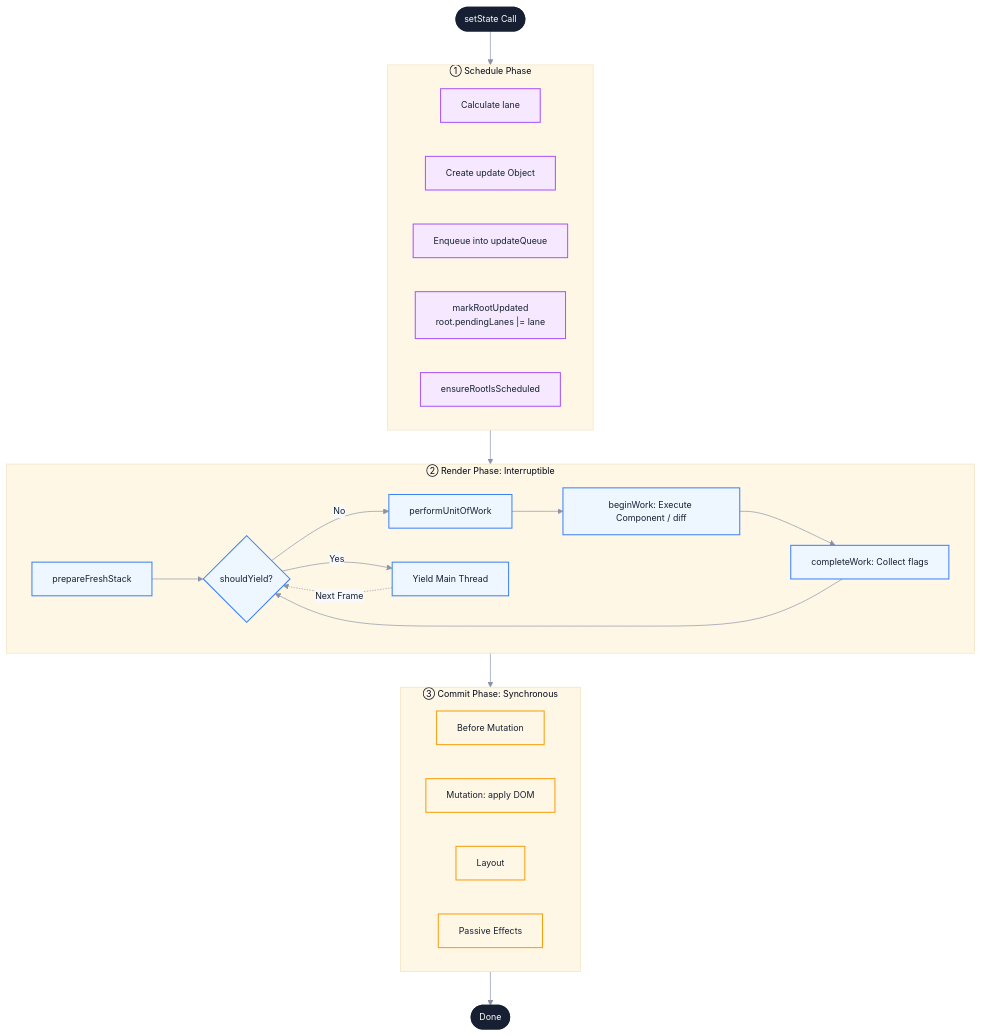
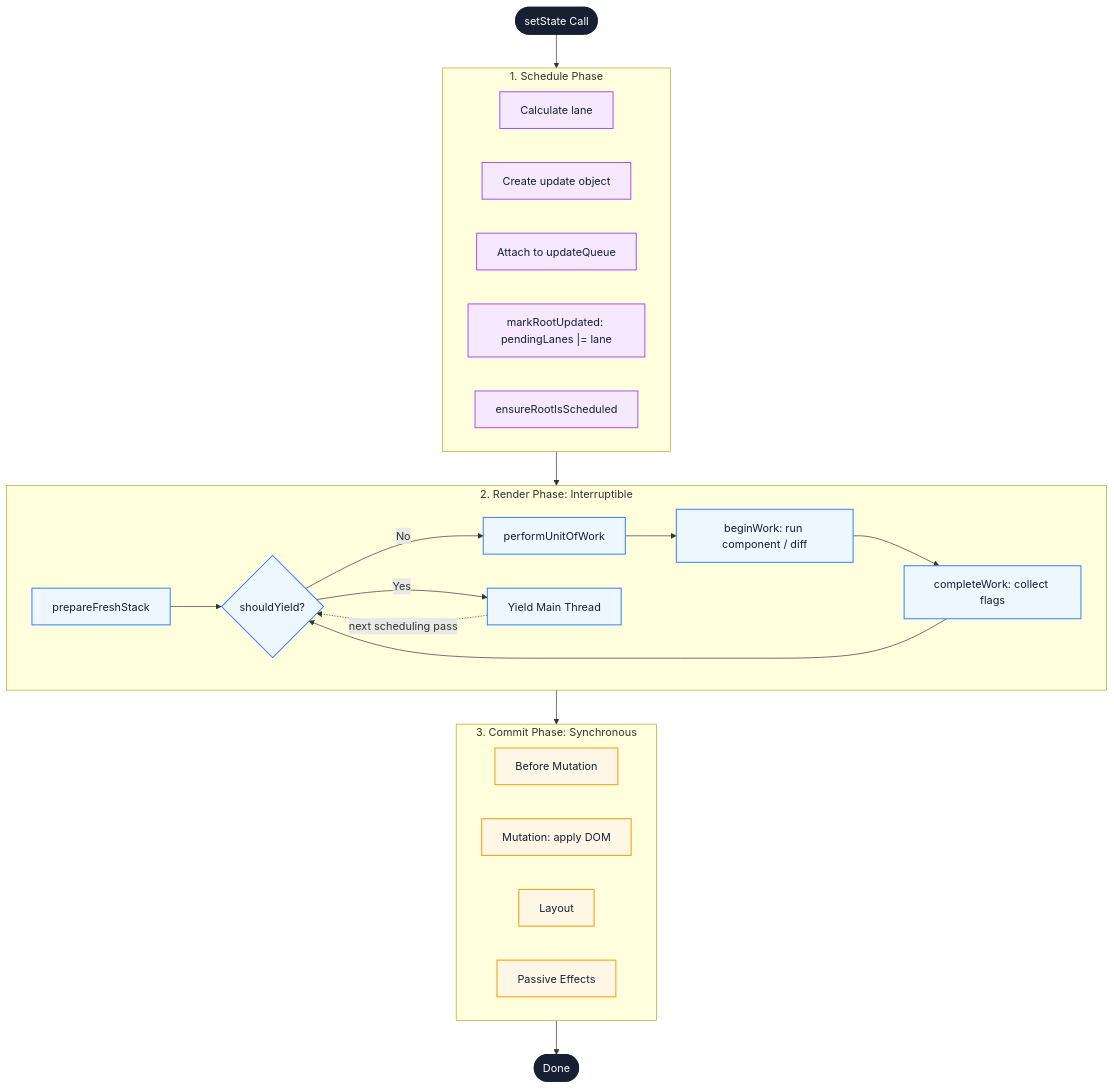
One commit to Fatejian/frontier-vault changed the seventh of 7 diagrams in docs/en/frameworks/react-fiber.md. Above: the diagram before and after it, drawn with Mermaid. The commit also changed other lines of this file and 41 other files, not shown here.

````diff
--- a/docs/en/frameworks/react-fiber.md
+++ b/docs/en/frameworks/react-fiber.md
@@ -722,44 +669,43 @@
 ```mermaid
-%%{init: {'theme': 'base', 'themeVariables': { 'fontFamily': 'Inter, PingFang SC, Microsoft YaHei, sans-serif', 'primaryColor': '#EEF6FF', 'primaryTextColor': '#172033', 'primaryBorderColor': '#6EA8FE', 'lineColor': '#8A94A6', 'secondaryColor': '#F7F9FC', 'tertiaryColor': '#FFF7E6', 'fontSize': '13px'}}}%%
 flowchart TB
-    A([setState Call])
+    A(["setState Call"])
 
-    subgraph Schedule["① Schedule Phase"]
+    subgraph Schedule["1. Schedule Phase"]
         S1["Calculate lane"]
-        S2["Create update Object"]
-        S3["Enqueue into updateQueue"]
-        S4["markRootUpdated<br/>root.pendingLanes |= lane"]
-        S5[ensureRootIsScheduled]
+        S2["Create update object"]
+        S3["Attach to updateQueue"]
+        S4["markRootUpdated: pendingLanes |= lane"]
+        S5["ensureRootIsScheduled"]
     end
 
-    subgraph Render["② Render Phase: Interruptible"]
-        R1[prepareFreshStack]
-        R2{shouldYield?}
-        R3[performUnitOfWork]
-        R4["beginWork: Execute Component / diff"]
-        R5["completeWork: Collect flags"]
+    subgraph Render["2. Render Phase: Interruptible"]
+        R1["prepareFreshStack"]
+        R2{"shouldYield?"}
+        R3["performUnitOfWork"]
+        R4["beginWork: run component / diff"]
+        R5["completeWork: collect flags"]
         R1 --> R2
-        R2 -->|"No"| R3 --> R4 --> R5 --> R2
-        R2 -->|"Yes"| R6["Yield Main Thread"]
-        R6 -."Next Frame".-> R2
+        R2 -->|No| R3 --> R4 --> R5 --> R2
+        R2 -->|Yes| R6["Yield Main Thread"]
+        R6 -.next scheduling pass.-> R2
     end
 
-    subgraph Commit["③ Commit Phase: Synchronous"]
-        C1[Before Mutation]
+    subgraph Commit["3. Commit Phase: Synchronous"]
+        C1["Before Mutation"]
         C2["Mutation: apply DOM"]
-        C3[Layout]
-        C4[Passive Effects]
+        C3["Layout"]
+        C4["Passive Effects"]
     end
 
-    A --> Schedule --> Render --> Commit --> Done([Done])
+    A --> Schedule --> Render --> Commit --> Done(["Done"])
 
-    classDef schedule fill:#F5E8FF,stroke:#A855F7,color:#172033,stroke-width:1.5px;
-    classDef render fill:#EEF6FF,stroke:#3B82F6,color:#172033,stroke-width:1.5px;
-    classDef commit fill:#FFF7E6,stroke:#F59E0B,color:#172033,stroke-width:1.5px;
-    classDef terminal fill:#172033,color:#fff,stroke:#172033,stroke-width:2px;
+    classDef metric fill:#F5E8FF,stroke:#A855F7,color:#172033,stroke-width:1.5px;
+    classDef wait fill:#EEF6FF,stroke:#3B82F6,color:#172033,stroke-width:1.5px;
+    classDef block fill:#FFF7E6,stroke:#F59E0B,color:#172033,stroke-width:1.5px;
+    classDef core fill:#172033,color:#fff,stroke:#172033,stroke-width:2px;
 
-    class A,Done terminal;
-    class S1,S2,S3,S4,S5 schedule;
-    class R1,R2,R3,R4,R5,R6 render;
-    class C1,C2,C3,C4 commit;
+    class A,Done core;
+    class S1,S2,S3,S4,S5 metric;
+    class R1,R2,R3,R4,R5,R6 wait;
+    class C1,C2,C3,C4 block;
 ```
````
